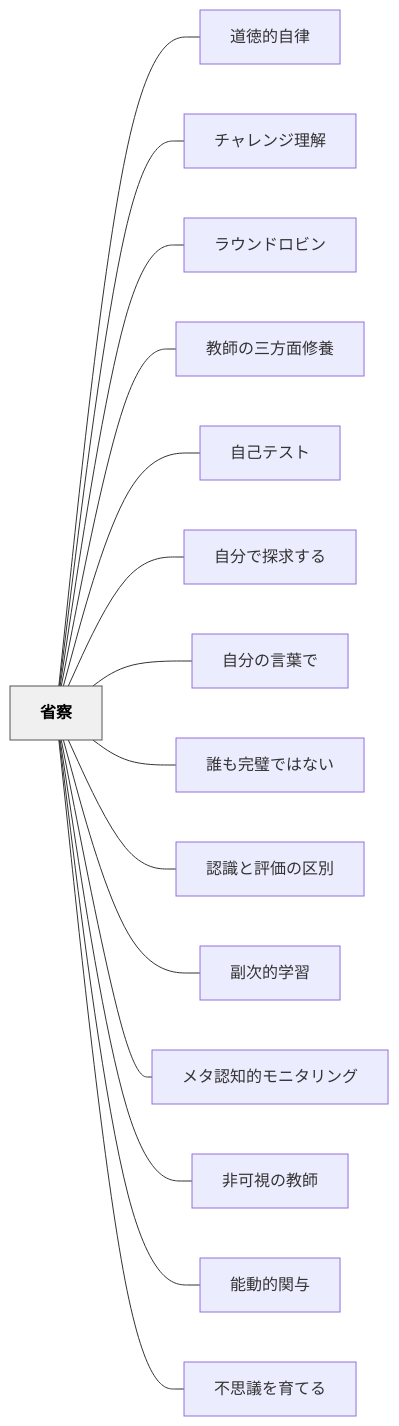
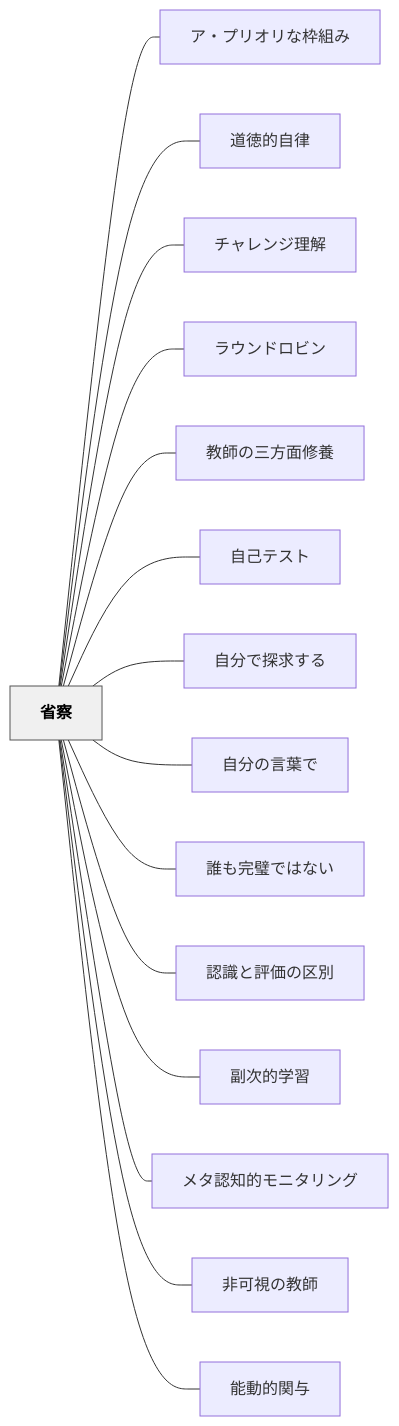
Before and after one commit to unknownthings-ed-patterns/unknownthings-ed-patterns: the diagram in content/パタン/省察.md, drawn with Mermaid. The commit also changed other lines of this file and 18 other files, not shown here.

````diff
--- a/content/パタン/省察.md
+++ b/content/パタン/省察.md
@@ -123,36 +124,36 @@
 ```mermaid
 flowchart LR
     ne79c81e5af9f["省察"]
+    ne382a2e383bbe38397e383aae382aae383aae381aae69ea0e7b584e381bf["ア・プリオリな枠組み"]
     ne98193e5beb3e79a84e887aae5be8b["道徳的自律"]
     ne38381e383a3e383ace383b3e382b8e79086e8a7a3["チャレンジ理解"]
     ne383a9e382a6e383b3e38389e383ade38393e383b3["ラウンドロビン"]
     ne69599e5b8abe381aee4b889e696b9e99da2e4bfaee9a48a["教師の三方面修養"]
     ne887aae5b7b1e38386e382b9e38388["自己テスト"]
     ne887aae58886e381a7e68ea2e6b182e38199e3828b["自分で探求する"]
     ne887aae58886e381aee8a880e89189e381a7["自分の言葉で"]
     ne8aab0e38282e5ae8ce792a7e381a7e381afe381aae38184["誰も完璧ではない"]
     ne8aa8de8ad98e381a8e8a995e4bea1e381aee58cbae588a5["認識と評価の区別"]
     ne589afe6aca1e79a84e5ada6e7bf92["副次的学習"]
     ne383a1e382bfe8aa8de79fa5e79a84e383a2e3838be382bfe383aae383b3e382b0["メタ認知的モニタリング"]
     ne99d9ee58fafe8a696e381aee69599e5b8ab["非可視の教師"]
     ne883bde58b95e79a84e996a2e4b88e["能動的関与"]
-    ne4b88de6809de8adb0e38292e882b2e381a6e3828b["不思議を育てる"]
 
+    ne79c81e5af9f --- ne382a2e383bbe38397e383aae382aae383aae381aae69ea0e7b584e381bf
     ne79c81e5af9f --- ne98193e5beb3e79a84e887aae5be8b
     ne79c81e5af9f --- ne38381e383a3e383ace383b3e382b8e79086e8a7a3
     ne79c81e5af9f --- ne383a9e382a6e383b3e38389e383ade38393e383b3
     ne79c81e5af9f --- ne69599e5b8abe381aee4b889e696b9e99da2e4bfaee9a48a
     ne79c81e5af9f --- ne887aae5b7b1e38386e382b9e38388
     ne79c81e5af9f --- ne887aae58886e381a7e68ea2e6b182e38199e3828b
     ne79c81e5af9f --- ne887aae58886e381aee8a880e89189e381a7
     ne79c81e5af9f --- ne8aab0e38282e5ae8ce792a7e381a7e381afe381aae38184
     ne79c81e5af9f --- ne8aa8de8ad98e381a8e8a995e4bea1e381aee58cbae588a5
     ne79c81e5af9f --- ne589afe6aca1e79a84e5ada6e7bf92
     ne79c81e5af9f --- ne383a1e382bfe8aa8de79fa5e79a84e383a2e3838be382bfe383aae383b3e382b0
     ne79c81e5af9f --- ne99d9ee58fafe8a696e381aee69599e5b8ab
     ne79c81e5af9f --- ne883bde58b95e79a84e996a2e4b88e
-    ne79c81e5af9f --- ne4b88de6809de8adb0e38292e882b2e381a6e3828b
 
     classDef hub fill:#f0f0f0,stroke:#555,color:#000,font-weight:bold
     class ne79c81e5af9f hub
 ```
````
